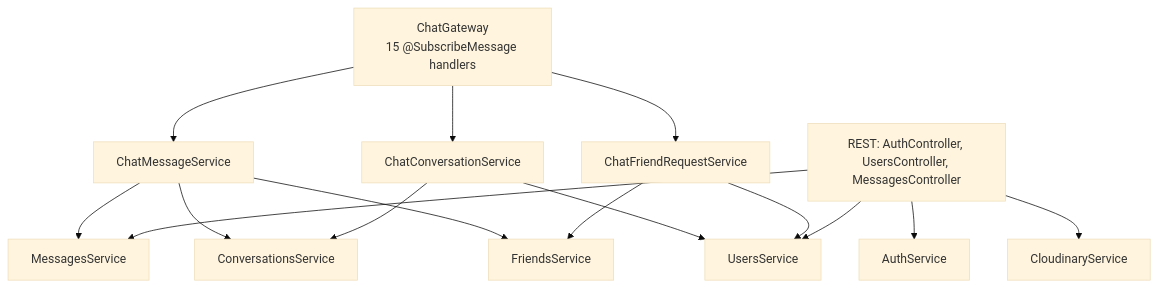
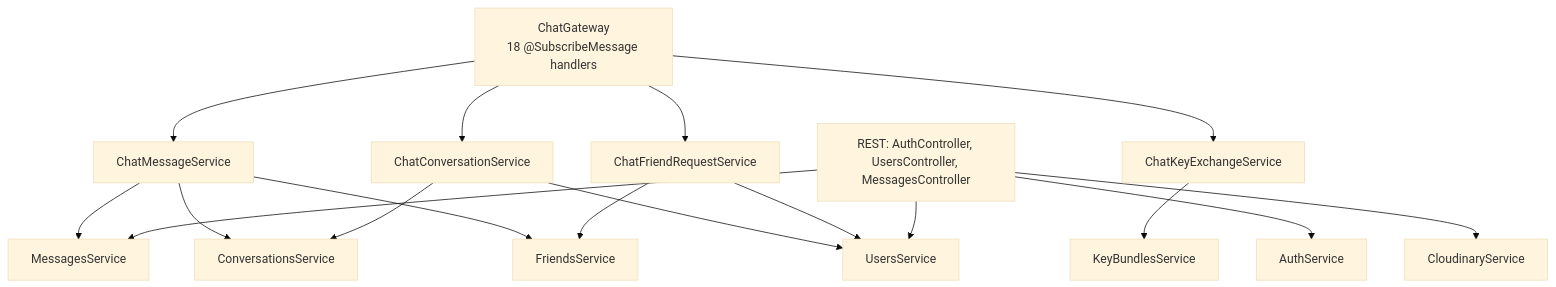
One commit to Lentach/Fireplace changed the third of 3 diagrams in CLAUDE.md. Above: the diagram before and after it, drawn with Mermaid (base theme). The commit also changed other lines of this file and 56 other files, not shown here.

````diff
--- a/CLAUDE.md
+++ b/CLAUDE.md
@@ -289,8 +324,9 @@
 ```mermaid
 flowchart TB
-    Gateway["ChatGateway\n15 @SubscribeMessage handlers"] --> CMS["ChatMessageService"] & CCS["ChatConversationService"] & CFRS["ChatFriendRequestService"]
+    Gateway["ChatGateway\n18 @SubscribeMessage handlers"] --> CMS["ChatMessageService"] & CCS["ChatConversationService"] & CFRS["ChatFriendRequestService"] & CKES["ChatKeyExchangeService"]
     CMS --> MS["MessagesService"] & CS["ConversationsService"] & FS["FriendsService"]
     CCS --> CS & US["UsersService"]
     CFRS --> FS & US
+    CKES --> KBS["KeyBundlesService"]
     Controllers["REST: AuthController, UsersController, MessagesController"] --> AS["AuthService"] & US & MS & CloudS["CloudinaryService"]
 ```
````
